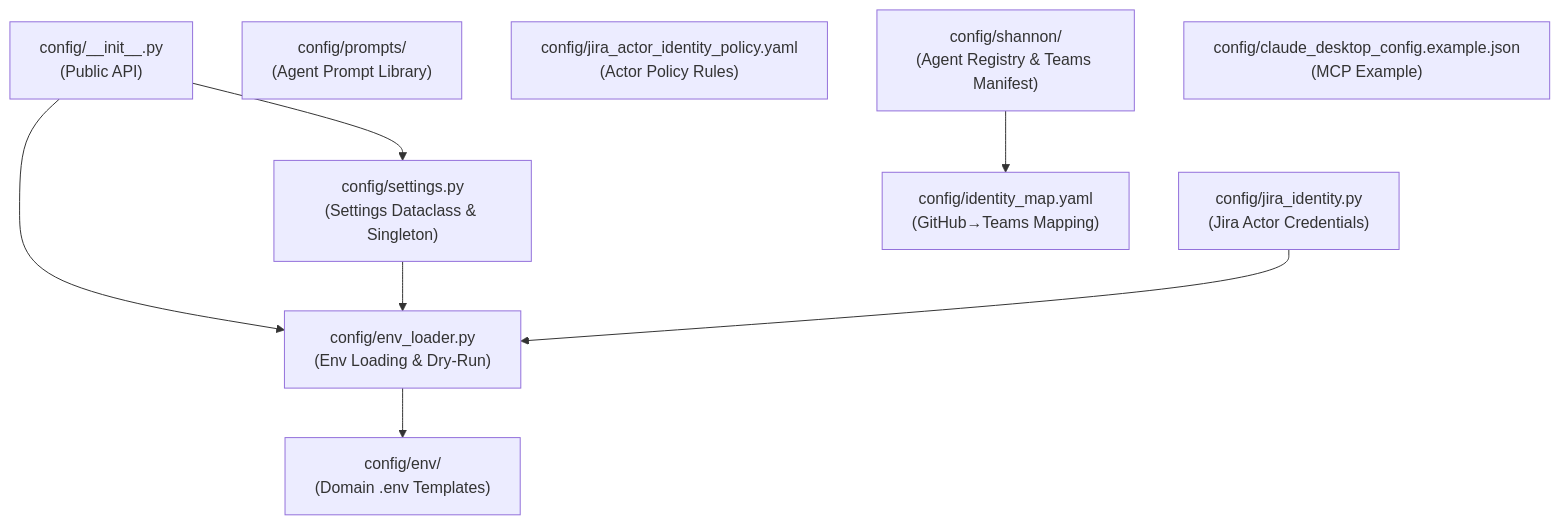
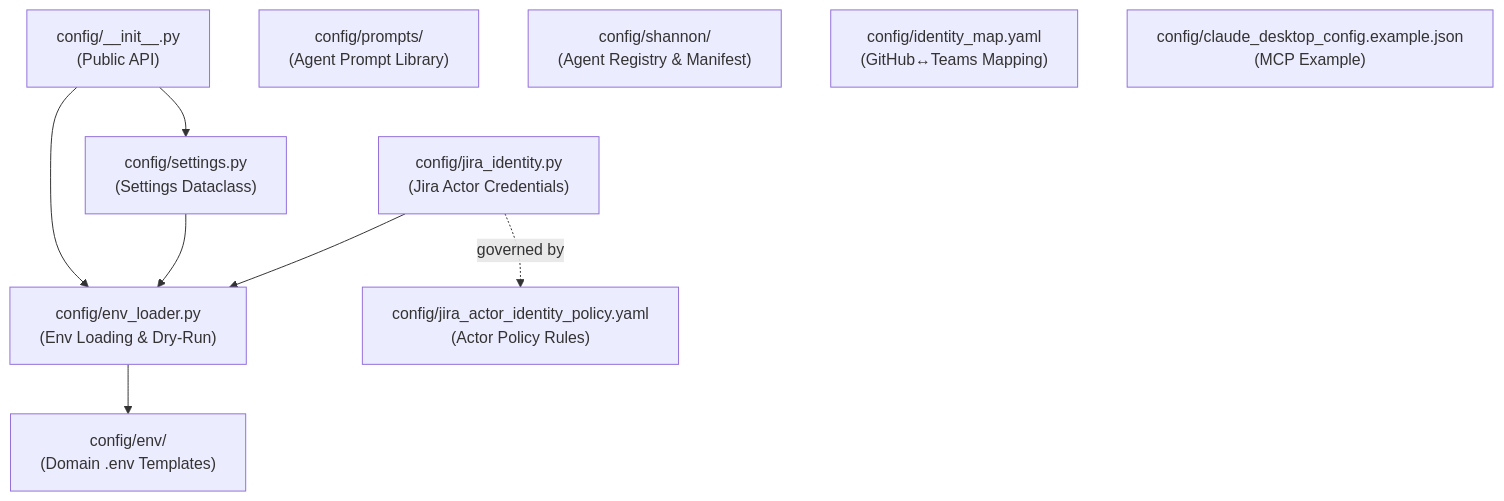
Before and after one commit to jmac-cornelis/agent-workforce: the first of 4 diagrams in docs/config.md, drawn with Mermaid. The commit also changed other lines of this file and 7 other files, not shown here.

````diff
--- a/docs/config.md
+++ b/docs/config.md
@@ -25,20 +34,15 @@
 ```mermaid
 graph TD
-    A["config/__init__.py<br/>(Public API)"]
-    B["config/env_loader.py<br/>(Env Loading & Dry-Run)"]
-    C["config/settings.py<br/>(Settings Dataclass & Singleton)"]
-    D["config/jira_identity.py<br/>(Jira Actor Credentials)"]
+    A["config/__init__.py<br/>(Public API)"] --> B["config/env_loader.py<br/>(Env Loading & Dry-Run)"]
+    A --> C["config/settings.py<br/>(Settings Dataclass)"]
+    C --> B
+    D["config/jira_identity.py<br/>(Jira Actor Credentials)"] --> B
     E["config/env/<br/>(Domain .env Templates)"]
-    F["config/prompts/<br/>(Agent Prompt Library)"]
-    G["config/identity_map.yaml<br/>(GitHub→Teams Mapping)"]
-    H["config/jira_actor_identity_policy.yaml<br/>(Actor Policy Rules)"]
-    I["config/shannon/<br/>(Agent Registry & Teams Manifest)"]
+    B --> E
+    F["config/jira_actor_identity_policy.yaml<br/>(Actor Policy Rules)"]
+    D -.->|"governed by"| F
+    G["config/prompts/<br/>(Agent Prompt Library)"]
+    H["config/shannon/<br/>(Agent Registry & Manifest)"]
+    I["config/identity_map.yaml<br/>(GitHub↔Teams Mapping)"]
     J["config/claude_desktop_config.example.json<br/>(MCP Example)"]
-
-    A --> B
-    A --> C
-    C --> B
-    D --> B
-    B --> E
-    I --> G
 ```
````
